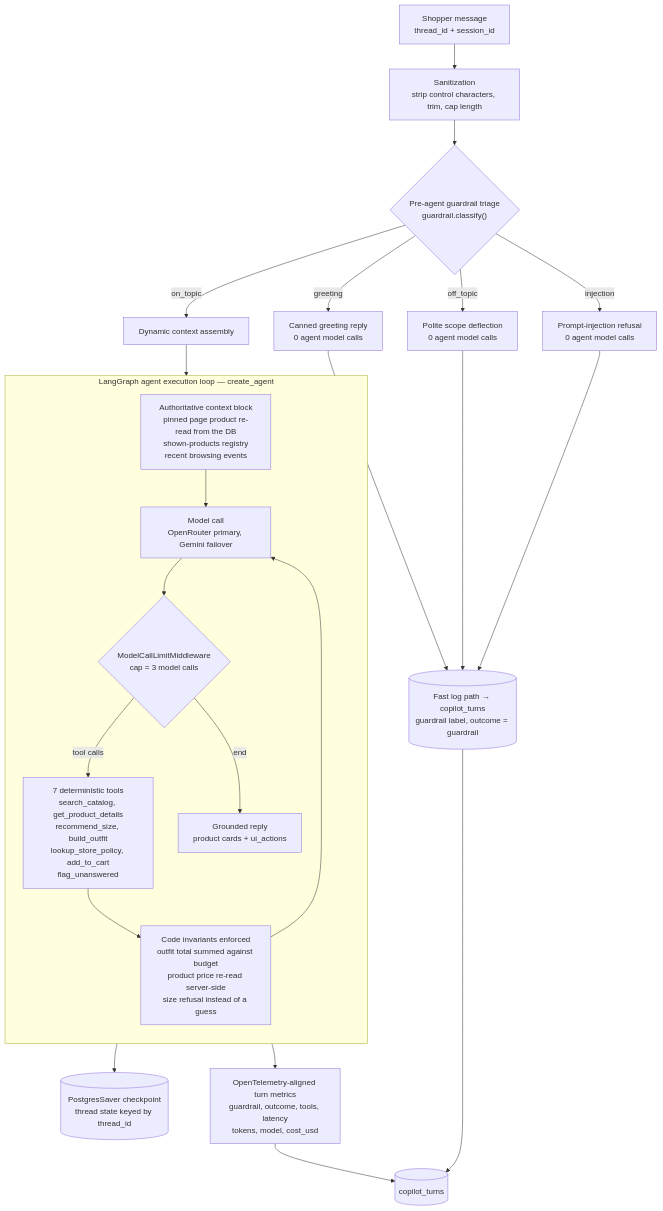
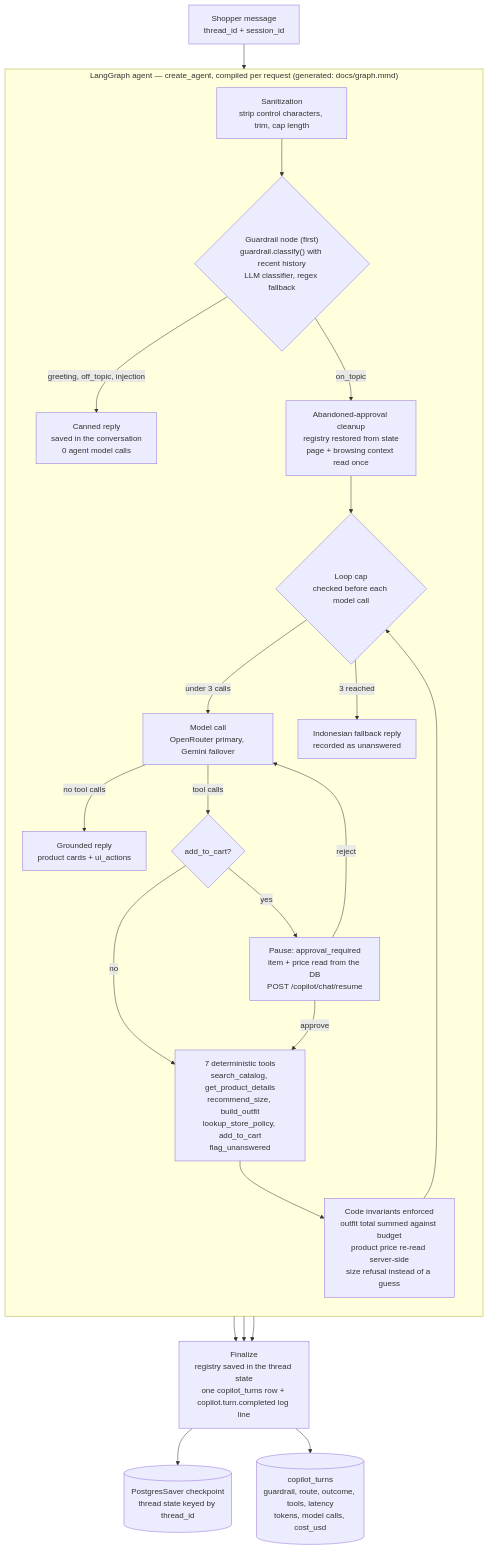
Before and after one commit to marknshoot/toko-marcell: the third of 4 diagrams in README.md, drawn with Mermaid. The commit also changed other lines of this file and 6 other files, not shown here.

````diff
--- a/README.md
+++ b/README.md
@@ -429,30 +433,28 @@
 ```mermaid
 flowchart TB
     MSG["Shopper message<br/>thread_id + session_id"] --> SAN["Sanitization<br/>strip control characters, trim, cap length"]
-    SAN --> TRIAGE{"Pre-agent guardrail triage<br/>guardrail.classify()"}
-    TRIAGE -->|greeting| GREET["Canned greeting reply<br/>0 agent model calls"]
-    TRIAGE -->|off_topic| OFF["Polite scope deflection<br/>0 agent model calls"]
-    TRIAGE -->|injection| INJ["Prompt-injection refusal<br/>0 agent model calls"]
-    TRIAGE -->|on_topic| ASSEMBLE["Dynamic context assembly"]
 
-    GREET --> FASTLOG[("Fast log path → copilot_turns<br/>guardrail label, outcome = guardrail")]
-    OFF --> FASTLOG
-    INJ --> FASTLOG
-
-    ASSEMBLE --> CONTEXT["Authoritative context block<br/>pinned page product re-read from the DB<br/>shown-products registry<br/>recent browsing events"]
-
-    subgraph AGENT["LangGraph agent execution loop — create_agent"]
+    subgraph GRAPH["LangGraph agent — create_agent, compiled per request (generated: docs/graph.mmd)"]
         direction TB
-        CONTEXT --> MODEL["Model call<br/>OpenRouter primary, Gemini failover"]
-        MODEL --> CAP{"ModelCallLimitMiddleware<br/>cap = 3 model calls"}
-        CAP -->|tool calls| TOOLS["7 deterministic tools<br/>search_catalog, get_product_details<br/>recommend_size, build_outfit<br/>lookup_store_policy, add_to_cart<br/>flag_unanswered"]
+        SAN --> GUARD{"Guardrail node (first)<br/>guardrail.classify() with recent history<br/>LLM classifier, regex fallback"}
+        GUARD -->|greeting, off_topic, injection| CANNED["Canned reply<br/>saved in the conversation<br/>0 agent model calls"]
+        GUARD -->|on_topic| PREP["Abandoned-approval cleanup<br/>registry restored from state<br/>page + browsing context read once"]
+        PREP --> CAP{"Loop cap<br/>checked before each model call"}
+        CAP -->|under 3 calls| MODEL["Model call<br/>OpenRouter primary, Gemini failover"]
+        CAP -->|3 reached| FALLBACK["Indonesian fallback reply<br/>recorded as unanswered"]
+        MODEL -->|no tool calls| REPLY["Grounded reply<br/>product cards + ui_actions"]
+        MODEL -->|tool calls| CART{"add_to_cart?"}
+        CART -->|no| TOOLS["7 deterministic tools<br/>search_catalog, get_product_details<br/>recommend_size, build_outfit<br/>lookup_store_policy, add_to_cart<br/>flag_unanswered"]
+        CART -->|yes| PAUSE["Pause: approval_required<br/>item + price read from the DB<br/>POST /copilot/chat/resume"]
+        PAUSE -->|approve| TOOLS
+        PAUSE -->|reject| MODEL
         TOOLS --> INV["Code invariants enforced<br/>outfit total summed against budget<br/>product price re-read server-side<br/>size refusal instead of a guess"]
-        INV --> MODEL
-        CAP -->|end| REPLY["Grounded reply<br/>product cards + ui_actions"]
+        INV --> CAP
     end
 
-    REPLY --> CKPT[("PostgresSaver checkpoint<br/>thread state keyed by thread_id")]
-    REPLY --> METRICS["OpenTelemetry-aligned turn metrics<br/>guardrail, outcome, tools, latency<br/>tokens, model, cost_usd"]
-    METRICS --> TURNS[("copilot_turns")]
-    FASTLOG --> TURNS
+    CANNED --> RECORD
+    FALLBACK --> RECORD
+    REPLY --> RECORD["Finalize<br/>registry saved in the thread state<br/>one copilot_turns row + copilot.turn.completed log line"]
+    RECORD --> CKPT[("PostgresSaver checkpoint<br/>thread state keyed by thread_id")]
+    RECORD --> TURNS[("copilot_turns<br/>guardrail, route, outcome, tools, latency<br/>tokens, model calls, cost_usd")]
 ```
````
